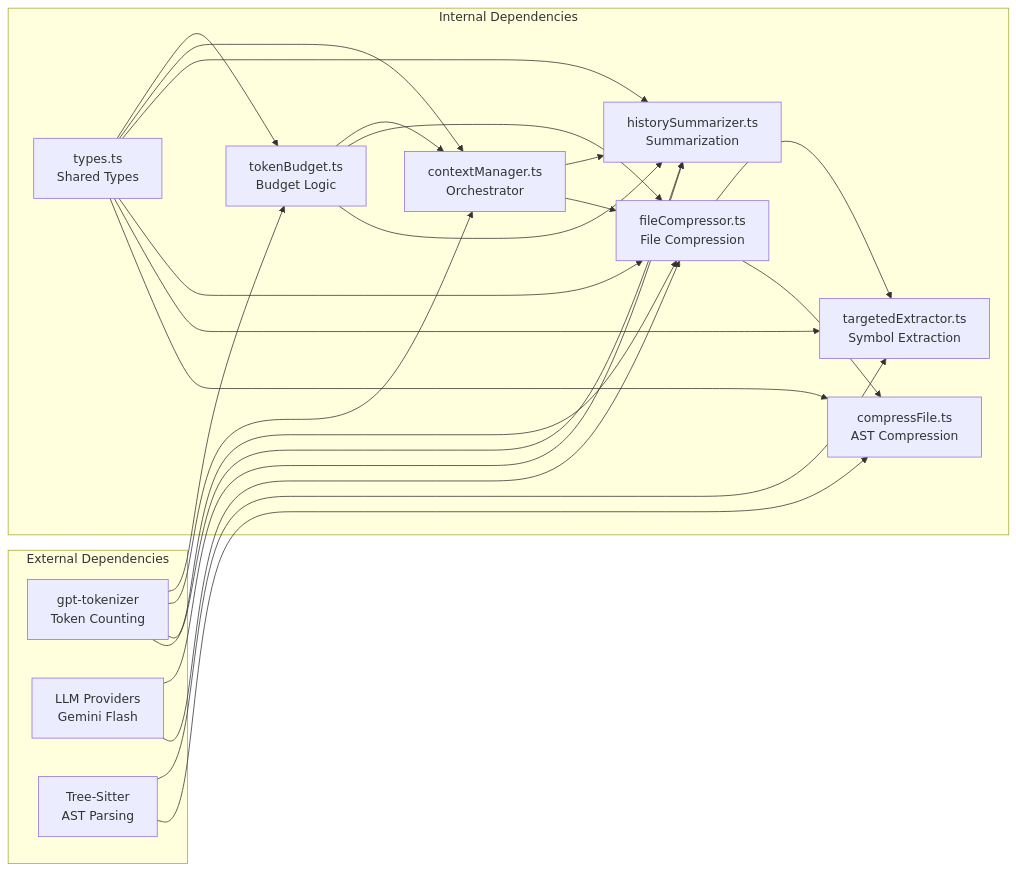
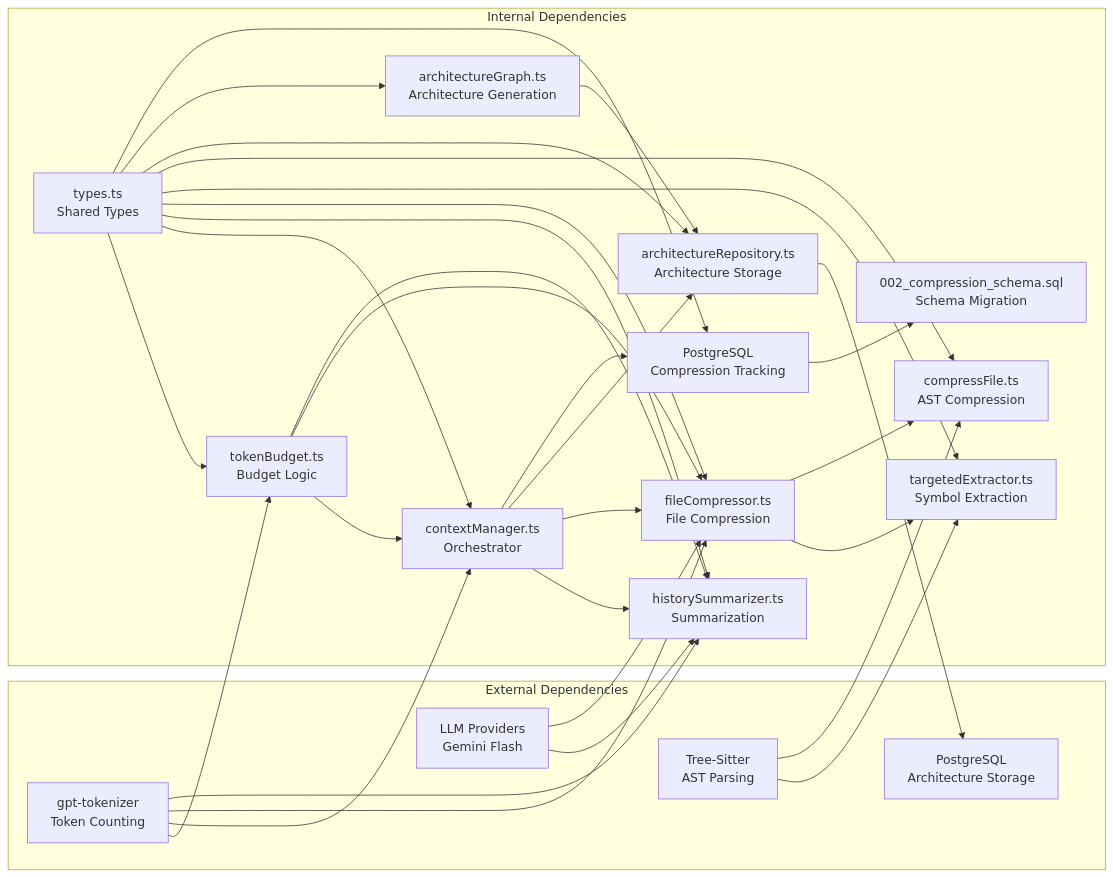
Diagram 11 of 11 in .qoder/repowiki/en/content/Core Features/Reactive Context Compression.md (bramburn/repomix-runner), drawn with Mermaid before and after one commit. The commit also changed other lines of this file and 27 other files, not shown here.

````diff
--- a/.qoder/repowiki/en/content/Core Features/Reactive Context Compression.md
+++ b/.qoder/repowiki/en/content/Core Features/Reactive Context Compression.md
@@ -320,38 +506,51 @@
 ```mermaid
 graph LR
 subgraph "External Dependencies"
 GT[gpt-tokenizer<br/>Token Counting]
 LLM[LLM Providers<br/>Gemini Flash]
 TS[Tree-Sitter<br/>AST Parsing]
+PG[PostgreSQL<br/>Architecture Storage]
 end
 subgraph "Internal Dependencies"
 TY[types.ts<br/>Shared Types]
 TB[tokenBudget.ts<br/>Budget Logic]
 CM[contextManager.ts<br/>Orchestrator]
 HB[historySummarizer.ts<br/>Summarization]
 FC[fileCompressor.ts<br/>File Compression]
 TE[targetedExtractor.ts<br/>Symbol Extraction]
 CF[compressFile.ts<br/>AST Compression]
+AR[architectureRepository.ts<br/>Architecture Storage]
+AG[architectureGraph.ts<br/>Architecture Generation]
+DB[PostgreSQL<br/>Compression Tracking]
+SCHEMA[002_compression_schema.sql<br/>Schema Migration]
 end
 TY --> TB
 TY --> CM
 TY --> HB
 TY --> FC
 TY --> TE
 TY --> CF
+TY --> AR
+TY --> AG
+TY --> DB
 TB --> CM
 TB --> FC
 TB --> HB
 GT --> TB
 GT --> CM
 GT --> FC
 GT --> HB
 LLM --> HB
 LLM --> FC
 TS --> TE
 TS --> CF
 CM --> HB
 CM --> FC
 FC --> TE
 FC --> CF
+AR --> PG
+AG --> AR
+DB --> SCHEMA
+CM --> AR
+CM --> DB
 ```
````
